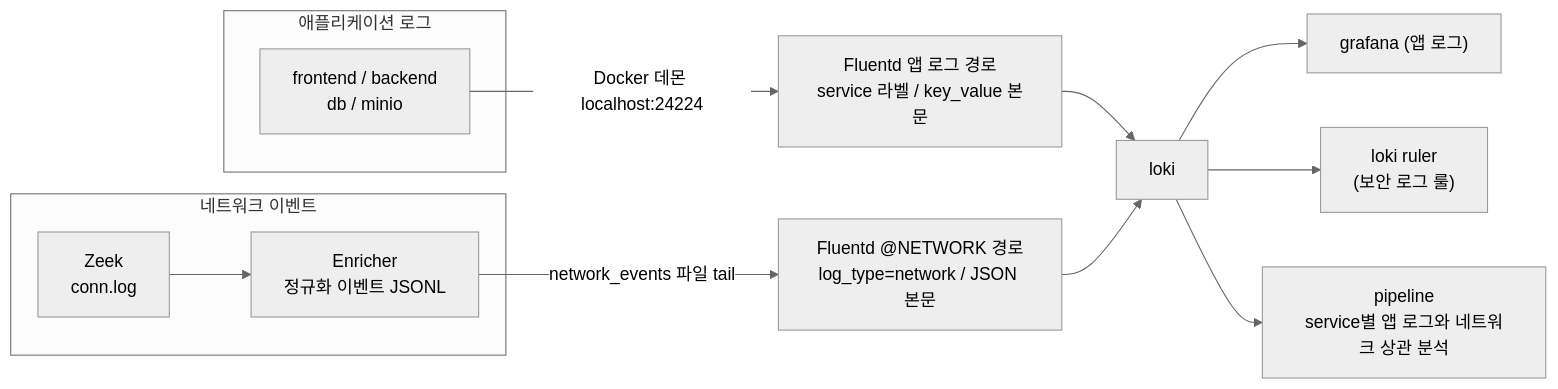
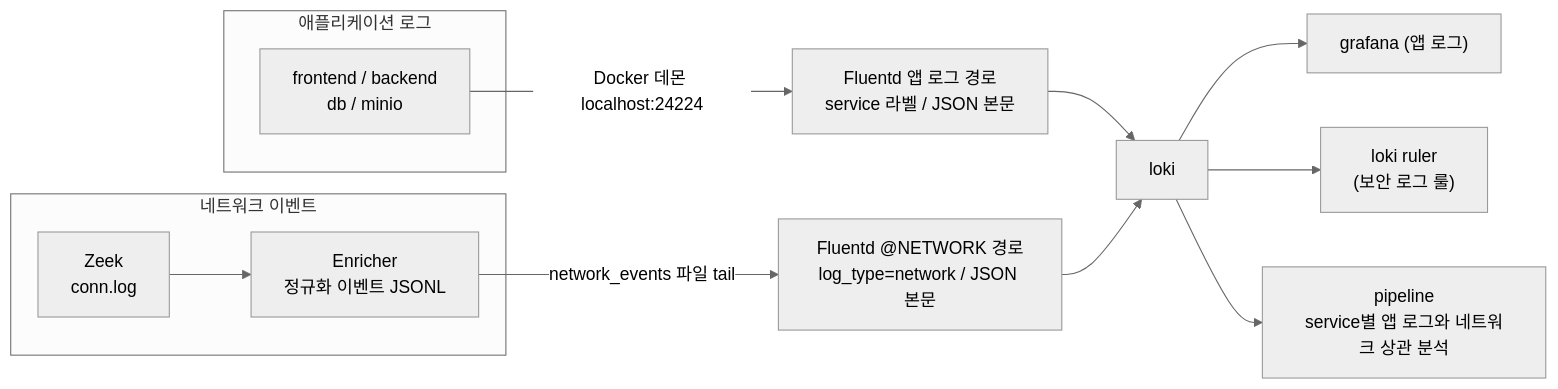
The second of 3 diagrams in README.md (KU-GraduationProject/graduation-project), drawn with Mermaid (neutral theme) before and after one commit. The commit also changed other lines of this file and 40 other files, not shown here.

````diff
--- a/README.md
+++ b/README.md
@@ -172,17 +172,17 @@
 ```mermaid
 graph LR
     subgraph app["애플리케이션 로그"]
         C1["frontend / backend<br/>db / minio"]
     end
     subgraph netobs["네트워크 이벤트"]
         Z["Zeek<br/>conn.log"]
         E["Enricher<br/>정규화 이벤트 JSONL"]
     end
-    C1 -->|Docker 데몬 localhost:24224| APP["Fluentd 앱 로그 경로<br/>service 라벨 / key_value 본문"]
+    C1 -->|Docker 데몬 localhost:24224| APP["Fluentd 앱 로그 경로<br/>service 라벨 / JSON 본문"]
     Z --> E -->|network_events 파일 tail| NET["Fluentd @NETWORK 경로<br/>log_type=network / JSON 본문"]
     APP --> LOKI["loki"]
     NET --> LOKI
     LOKI --> GRAF["grafana (앱 로그)"]
     LOKI --> RULER["loki ruler<br/>(보안 로그 룰)"]
     LOKI --> PIPE["pipeline<br/>service별 앱 로그와 네트워크 상관 분석"]
 ```
````
